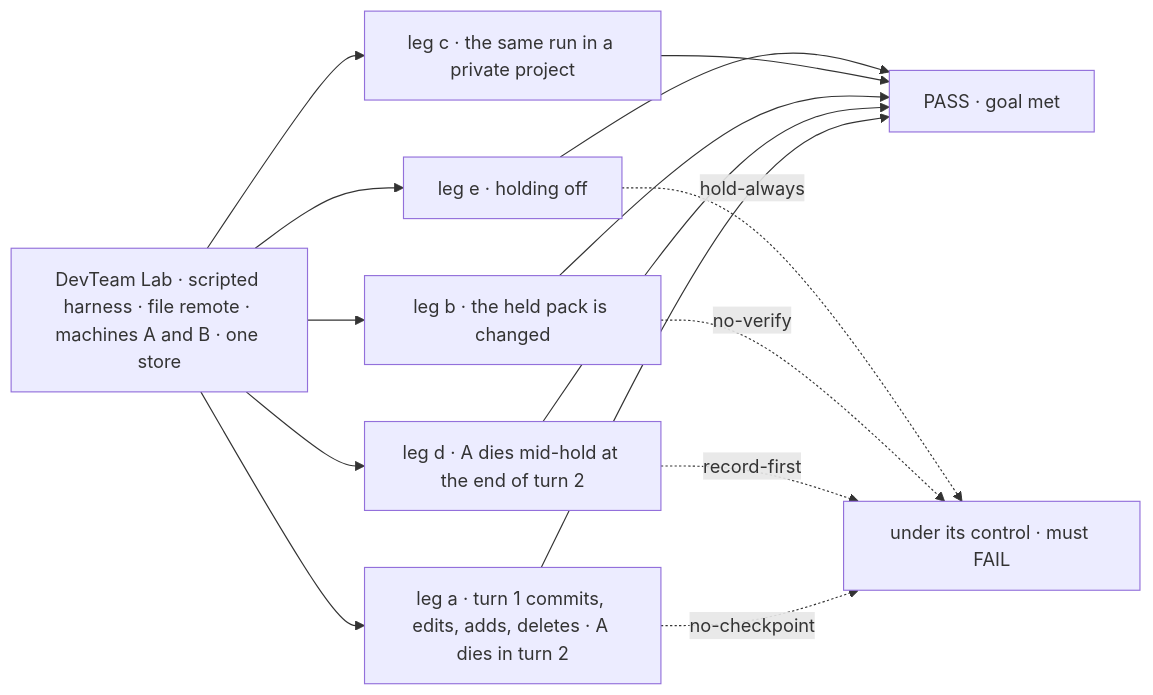
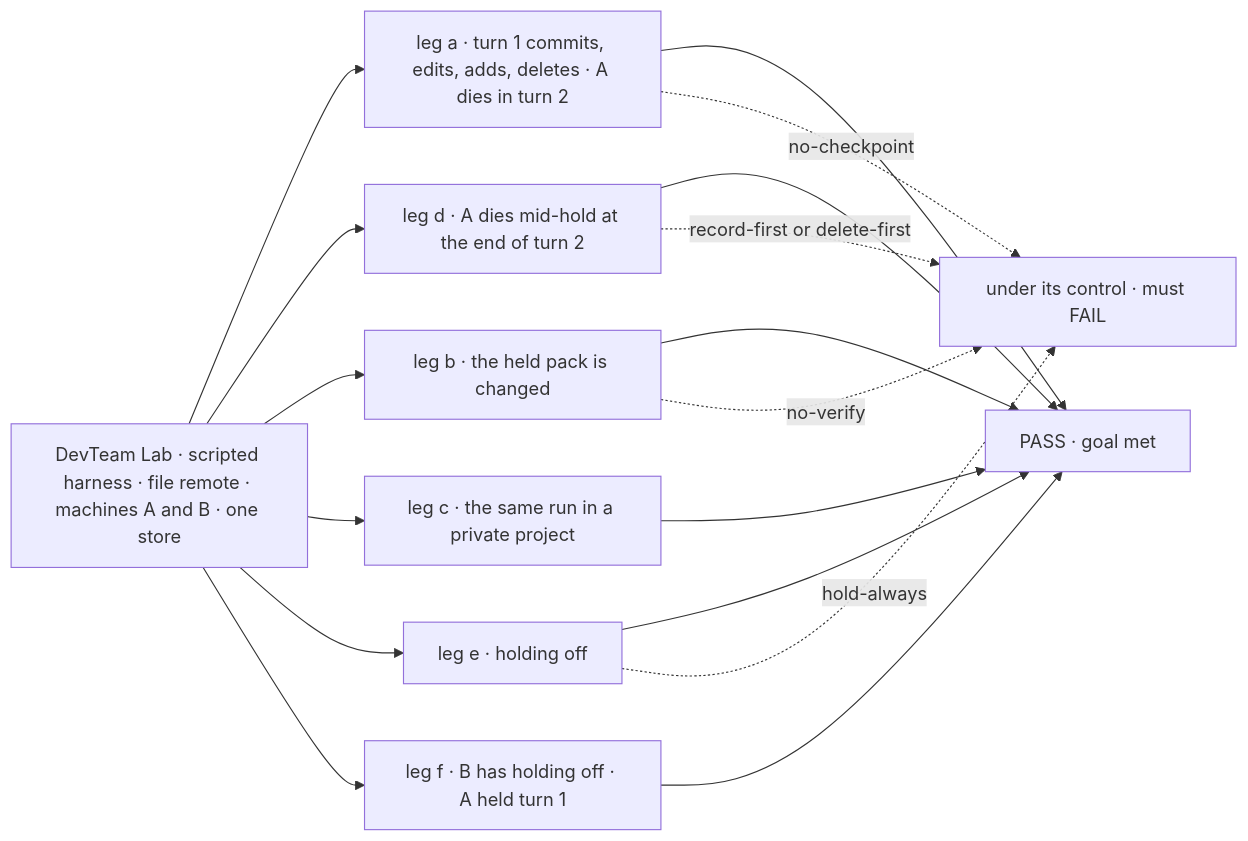
The first of 2 diagrams in specs/issues/FIX-1766/SPEC.md (fixpoint-labs/flow-state-dev), drawn with Mermaid before and after one commit. The commit also changed other lines of this file and 6 other files, not shown here.

First line of the commit message:
spec(FIX-1766): held-work store gets delete; superseded packs removed; off host parks

````diff
--- a/specs/issues/FIX-1766/SPEC.md
+++ b/specs/issues/FIX-1766/SPEC.md
@@ -32,14 +32,15 @@
 ```mermaid
 flowchart LR
   A["DevTeam Lab · scripted harness · file remote · machines A and B · one store"] --> La["leg a · turn 1 commits, edits, adds, deletes · A dies in turn 2"]
   A --> Ld["leg d · A dies mid-hold at the end of turn 2"]
   A --> Lb["leg b · the held pack is changed"]
   A --> Lc["leg c · the same run in a private project"]
   A --> Le["leg e · holding off"]
-  La & Ld & Lb & Lc & Le --> P["PASS · goal met"]
+  A --> Lf["leg f · B has holding off · A held turn 1"]
+  La & Ld & Lb & Lc & Le & Lf --> P["PASS · goal met"]
   F["under its control · must FAIL"]
   La -.->|"no-checkpoint"| F
-  Ld -.->|"record-first"| F
+  Ld -.->|"record-first or delete-first"| F
   Lb -.->|"no-verify"| F
   Le -.->|"hold-always"| F
 ```
````
